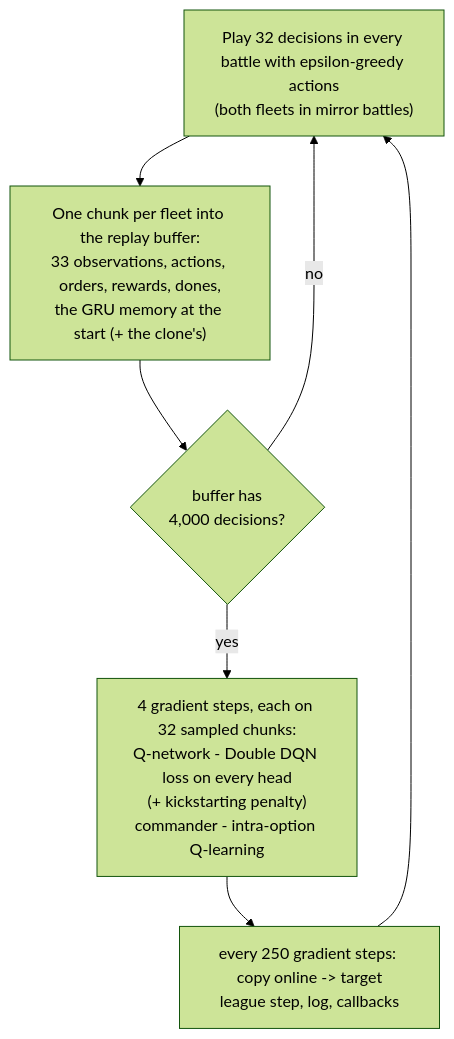
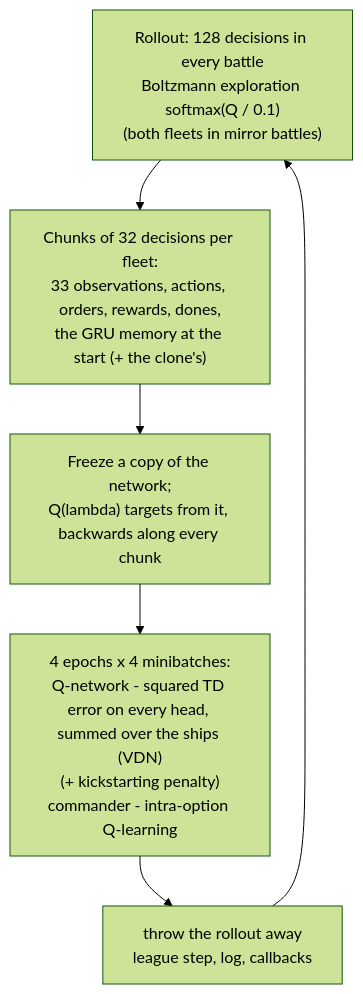
Before and after one commit to UTS-WOW/WOW-Simulation: the fourth of 5 diagrams in Training/simple_mappo/README.md, drawn with Mermaid (forest theme). The commit also changed other lines of this file and 38 other files, not shown here.

````diff
--- a/Training/simple_mappo/README.md
+++ b/Training/simple_mappo/README.md
@@ -479,8 +491,8 @@
 ```mermaid
 flowchart TB
-    A["Play 32 decisions in every battle with epsilon-greedy actions<br/>(both fleets in mirror battles)"] --> B
-    B["One chunk per fleet into the replay buffer:<br/>33 observations, actions, orders, rewards, dones,<br/>the GRU memory at the start (+ the clone's)"] --> C
-    C{"buffer has<br/>4,000 decisions?"} -->|no| A
-    C -->|yes| D["4 gradient steps, each on 32 sampled chunks:<br/>Q-network - Double DQN loss on every head<br/>(+ kickstarting penalty)<br/>commander - intra-option Q-learning"]
-    D --> E["every 250 gradient steps: copy online -> target<br/>league step, log, callbacks"] --> A
+    A["Rollout: 128 decisions in every battle<br/>Boltzmann exploration softmax(Q / 0.1)<br/>(both fleets in mirror battles)"] --> B
+    B["Chunks of 32 decisions per fleet:<br/>33 observations, actions, orders, rewards, dones,<br/>the GRU memory at the start (+ the clone's)"] --> C
+    C["Freeze a copy of the network;<br/>Q(lambda) targets from it, backwards along every chunk"] --> D
+    D["4 epochs x 4 minibatches:<br/>Q-network - squared TD error on every head, summed over the ships (VDN)<br/>(+ kickstarting penalty)<br/>commander - intra-option Q-learning"]
+    D --> E["throw the rollout away<br/>league step, log, callbacks"] --> A
 ```
````
